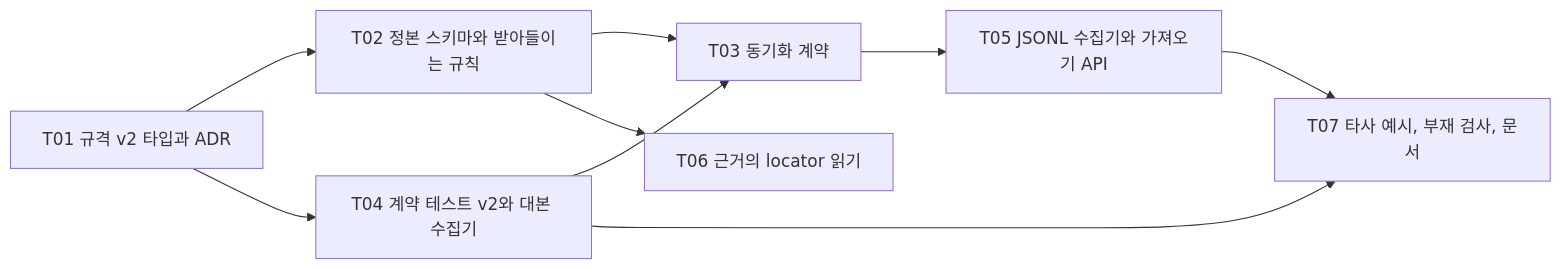
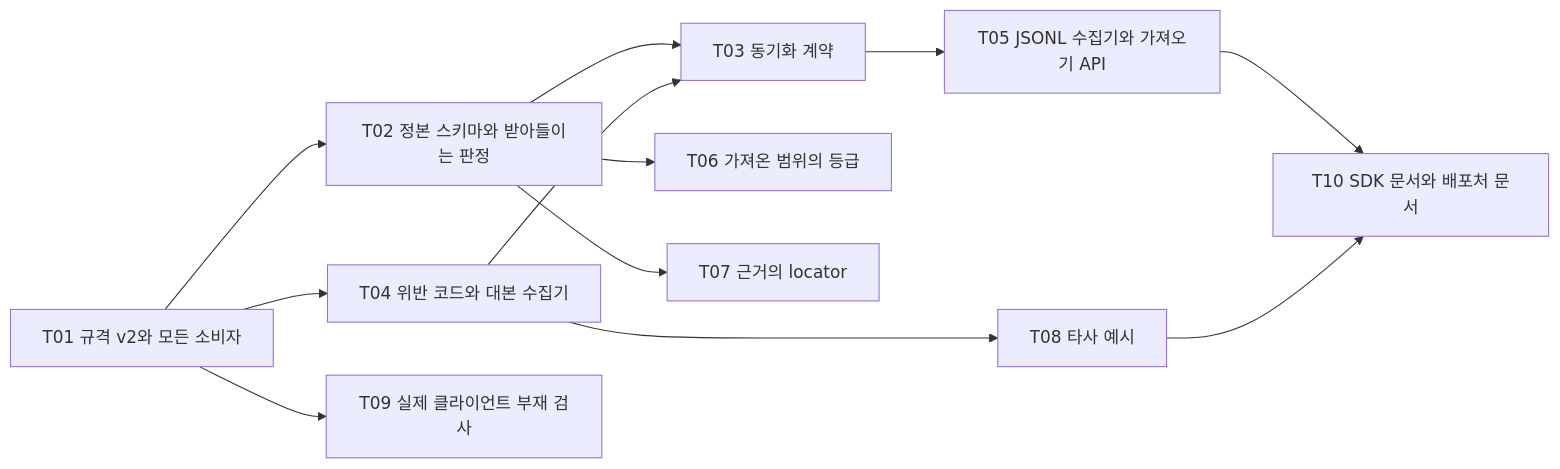
The third of 3 diagrams in docs/specs/2026-11-21-I01-connector-sdk.md (nohdol97/PKI), drawn with Mermaid before and after one commit. The commit also changed other lines of this file, not shown here.

````diff
--- a/docs/specs/2026-11-21-I01-connector-sdk.md
+++ b/docs/specs/2026-11-21-I01-connector-sdk.md
@@ -241,11 +468,14 @@
 ```mermaid
 flowchart LR
-  T01["T01 규격 v2 타입과 ADR"] --> T02["T02 정본 스키마와 받아들이는 규칙"]
-  T01 --> T04["T04 계약 테스트 v2와 대본 수집기"]
+  T01["T01 규격 v2와 모든 소비자"] --> T02["T02 정본 스키마와 받아들이는 판정"]
+  T01 --> T04["T04 위반 코드와 대본 수집기"]
+  T01 --> T09["T09 실제 클라이언트 부재 검사"]
   T02 --> T03["T03 동기화 계약"]
   T04 --> T03
   T03 --> T05["T05 JSONL 수집기와 가져오기 API"]
-  T02 --> T06["T06 근거의 locator 읽기"]
-  T04 --> T07["T07 타사 예시, 부재 검사, 문서"]
-  T05 --> T07
+  T02 --> T06["T06 가져온 범위의 등급"]
+  T02 --> T07["T07 근거의 locator"]
+  T04 --> T08["T08 타사 예시"]
+  T05 --> T10["T10 SDK 문서와 배포처 문서"]
+  T08 --> T10
 ```
````
